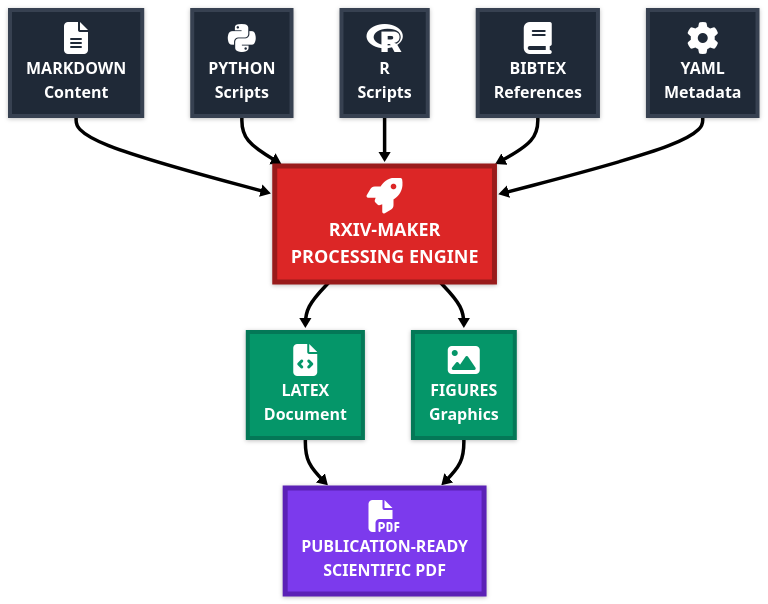
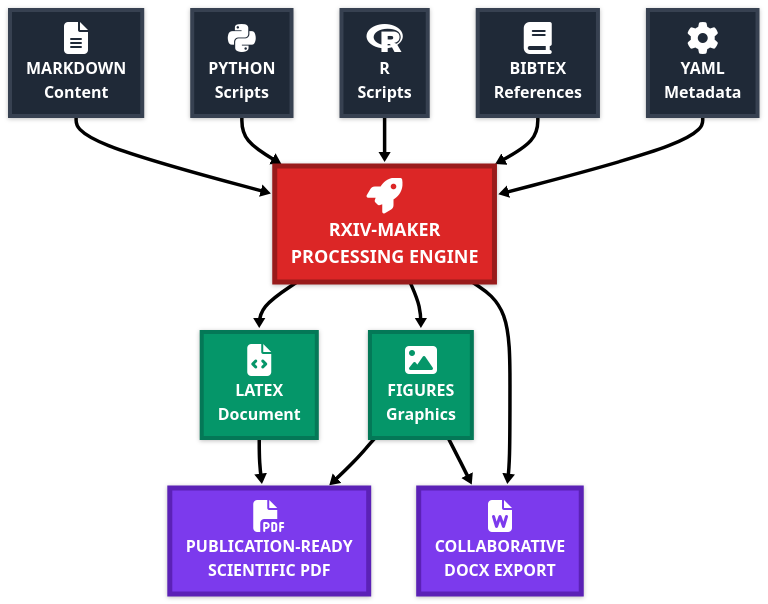
The diagram in MANUSCRIPT/FIGURES/Figure__system_diagram.mmd (HenriquesLab/manuscript-rxiv-maker), drawn with Mermaid before and after one commit. The commit also changed 5 other files, not shown here.

Commit message:
feat: Add inline DOI resolution and DOCX export capabilities with updated workflow diagrams and gitignore.

```diff
--- a/MANUSCRIPT/FIGURES/Figure__system_diagram.mmd
+++ b/MANUSCRIPT/FIGURES/Figure__system_diagram.mmd
@@ -1,38 +1,42 @@
 ---
 config:
   look: neo
   theme: neo
 ---
 flowchart TD
     A["<i class='fas fa-file-alt fa-2x'></i><br/><b>MARKDOWN</b><br/>Content"]
     B["<i class='fab fa-python fa-2x'></i><br/><b>PYTHON</b><br/>Scripts"]
     I["<i class='fab fa-r-project fa-2x'></i><br/><b>R</b><br/>Scripts"]
     C["<i class='fas fa-book fa-2x'></i><br/><b>BIBTEX</b><br/>References"]
     D["<i class='fas fa-cog fa-2x'></i><br/><b>YAML</b><br/>Metadata"]
 
     E["<i class='fas fa-rocket fa-2x'></i><br/><b>RXIV-MAKER</b><br/>PROCESSING ENGINE"]
 
     F["<i class='fas fa-file-code fa-2x'></i><br/><b>LATEX</b><br/>Document"]
     G["<i class='fas fa-image fa-2x'></i><br/><b>FIGURES</b><br/>Graphics"]
 
     H["<i class='fas fa-file-pdf fa-2x'></i><br/><b>PUBLICATION-READY</b><br/>SCIENTIFIC PDF"]
+    J["<i class='fas fa-file-word fa-2x'></i><br/><b>COLLABORATIVE</b><br/>DOCX EXPORT"]
 
     A ==> E
     B ==> E
     I ==> E
     C ==> E
     D ==> E
     E ==> F
     E ==> G
     F ==> H
     G ==> H
+    G ==> J
+    E ==> J
+    class J final
 
     classDef input fill:#1f2937,stroke:#374151,stroke-width:4px,color:#ffffff,font-weight:bold,font-size:16px
     classDef engine fill:#dc2626,stroke:#991b1b,stroke-width:5px,color:#ffffff,font-weight:bold,font-size:18px
     classDef output fill:#059669,stroke:#047857,stroke-width:4px,color:#ffffff,font-weight:bold,font-size:16px
     classDef final fill:#7c3aed,stroke:#5b21b6,stroke-width:5px,color:#ffffff,font-weight:bold,font-size:16px
 
     class A,B,C,D,I input
     class E engine
     class F,G output
-    class H final
+    class H,J final
```
